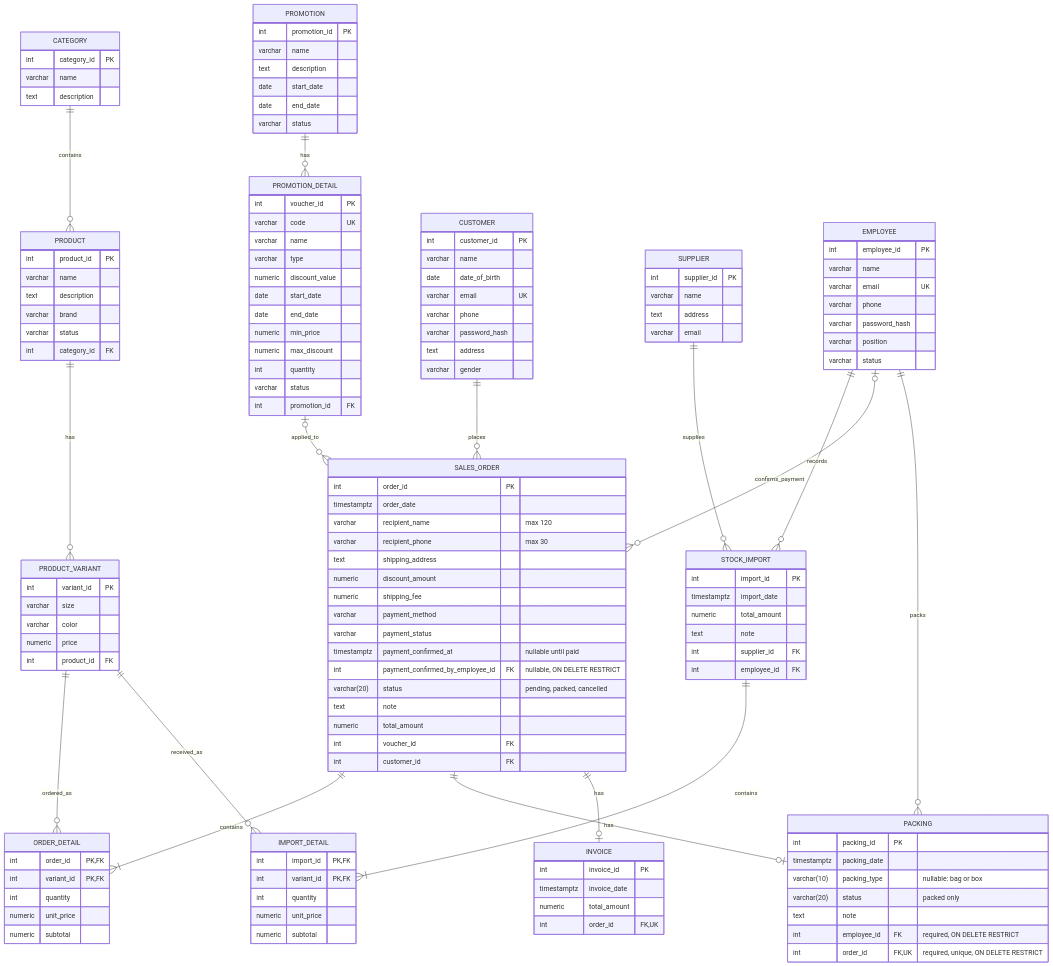
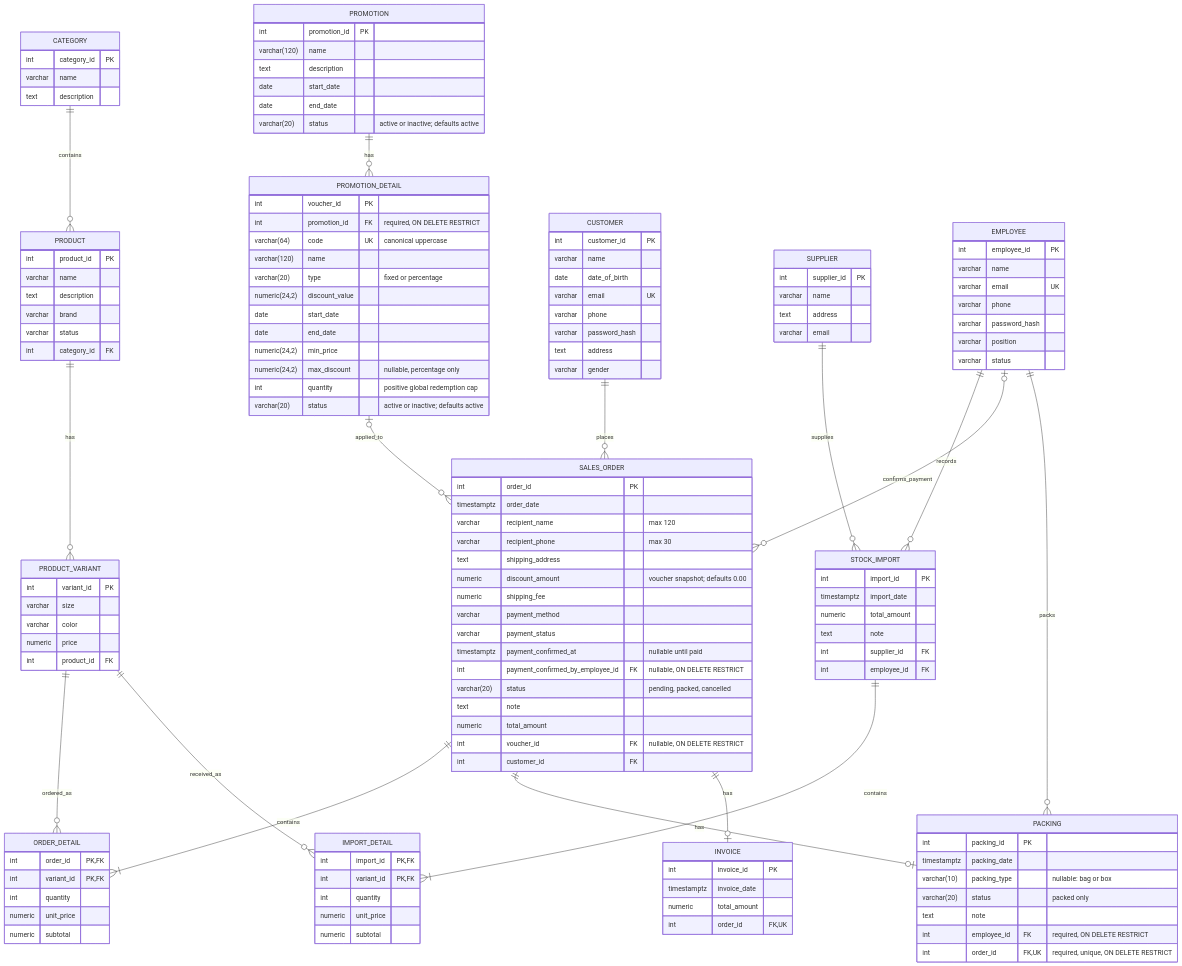
Before and after one commit to duygri/do-an-cnpm: the diagram in docs/erd/sales-system-erd.md, drawn with Mermaid. The commit also changed other lines of this file and 1 other file, not shown here.

Commit message:
docs: describe promotion and voucher flow

```diff
--- a/docs/erd/sales-system-erd.md
+++ b/docs/erd/sales-system-erd.md
@@ -26,25 +26,25 @@
     }
     PROMOTION {
         int promotion_id PK
-        varchar name
+        varchar(120) name
         text description
         date start_date
         date end_date
-        varchar status
+        varchar(20) status "active or inactive; defaults active"
     }
     PROMOTION_DETAIL {
         int voucher_id PK
-        varchar code UK
-        varchar name
-        varchar type
-        numeric discount_value
+        int promotion_id FK "required, ON DELETE RESTRICT"
+        varchar(64) code UK "canonical uppercase"
+        varchar(120) name
+        varchar(20) type "fixed or percentage"
+        numeric(24,2) discount_value
         date start_date
         date end_date
-        numeric min_price
-        numeric max_discount
-        int quantity
-        varchar status
-        int promotion_id FK
+        numeric(24,2) min_price
+        numeric(24,2) max_discount "nullable, percentage only"
+        int quantity "positive global redemption cap"
+        varchar(20) status "active or inactive; defaults active"
     }
     CUSTOMER {
         int customer_id PK
@@ -62,7 +62,7 @@
         varchar recipient_name "max 120"
         varchar recipient_phone "max 30"
         text shipping_address
-        numeric discount_amount
+        numeric discount_amount "voucher snapshot; defaults 0.00"
         numeric shipping_fee
         varchar payment_method
         varchar payment_status
@@ -71,7 +71,7 @@
         varchar(20) status "pending, packed, cancelled"
         text note
         numeric total_amount
-        int voucher_id FK
+        int voucher_id FK "nullable, ON DELETE RESTRICT"
         int customer_id FK
     }
     ORDER_DETAIL {
```
